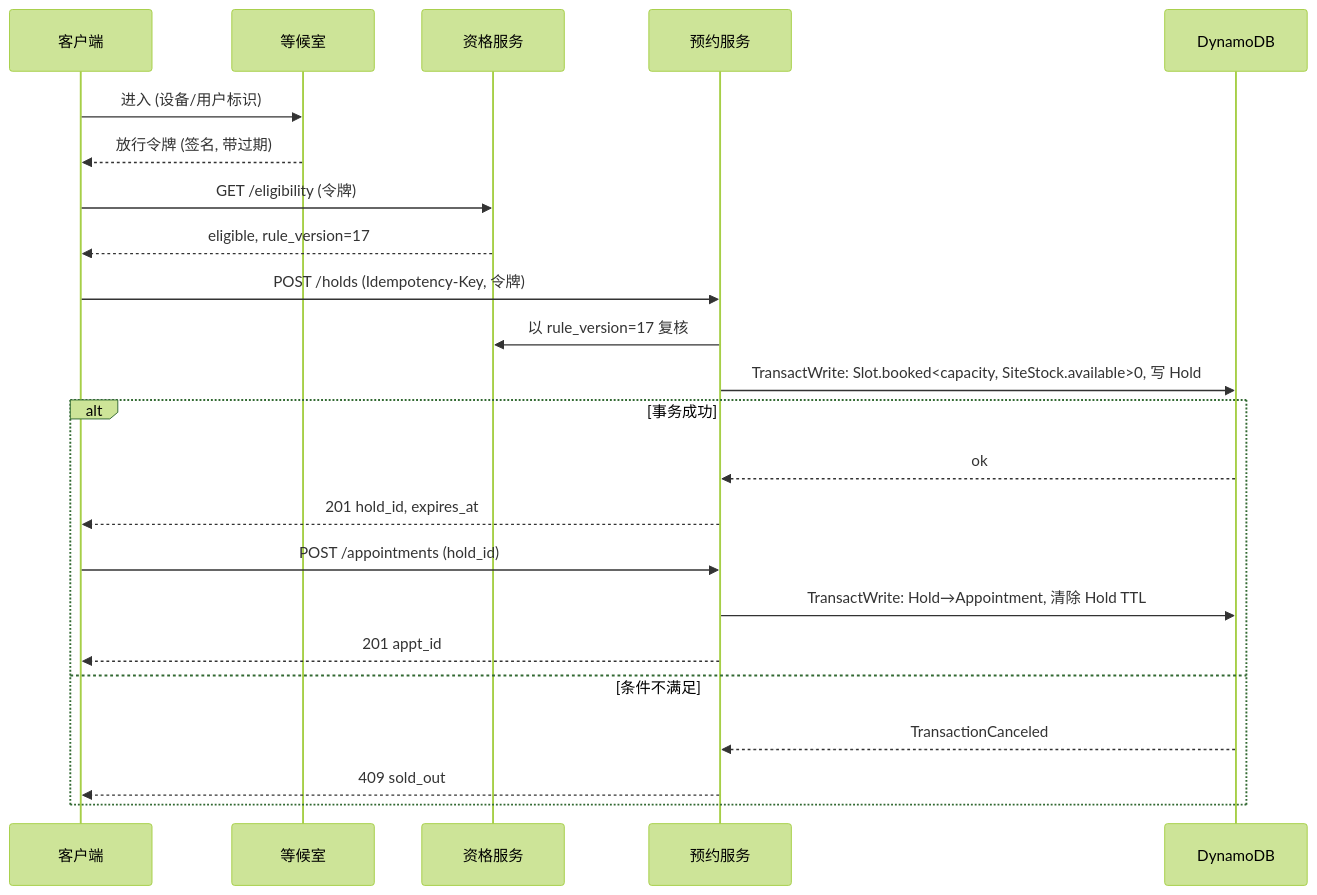
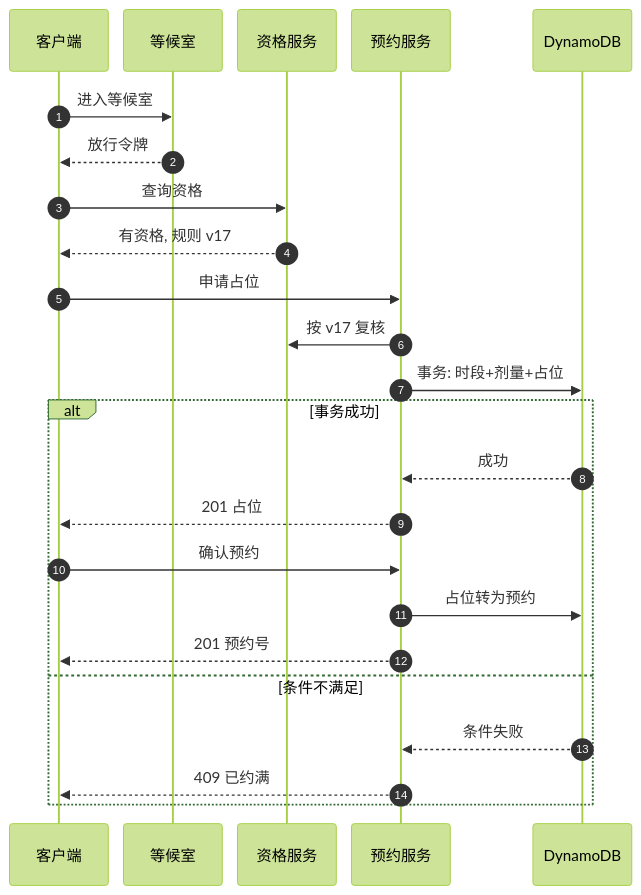
Before and after one commit to ChiChasesCheese/trellis: the third of 4 diagrams in vault/interviews/core/system-design/sd05-vaccine-booking.md, drawn with Mermaid (forest theme). The commit also changed other lines of this file and 69 other files, not shown here.

First line of the commit message:
Rewrite pass to WRITING_RULES: SD01-07, LLD amazon leaves 5-12, coding notes + cards; diagrams fit the page

````diff
--- a/vault/interviews/core/system-design/sd05-vaccine-booking.md
+++ b/vault/interviews/core/system-design/sd05-vaccine-booking.md
@@ -139,25 +139,27 @@
 ```mermaid
+%%{init: {'sequence': {'actorMargin': 16, 'width': 104, 'messageMargin': 28}}}%%
 sequenceDiagram
+    autonumber
     participant C as 客户端
     participant W as 等候室
     participant E as 资格服务
     participant B as 预约服务
     participant D as DynamoDB
-    C->>W: 进入 (设备/用户标识)
-    W-->>C: 放行令牌 (签名, 带过期)
-    C->>E: GET /eligibility (令牌)
-    E-->>C: eligible, rule_version=17
-    C->>B: POST /holds (Idempotency-Key, 令牌)
-    B->>E: 以 rule_version=17 复核
-    B->>D: TransactWrite: Slot.booked<capacity, SiteStock.available>0, 写 Hold
+    C->>W: 进入等候室
+    W-->>C: 放行令牌
+    C->>E: 查询资格
+    E-->>C: 有资格, 规则 v17
+    C->>B: 申请占位
+    B->>E: 按 v17 复核
+    B->>D: 事务: 时段+剂量+占位
     alt 事务成功
-        D-->>B: ok
-        B-->>C: 201 hold_id, expires_at
-        C->>B: POST /appointments (hold_id)
-        B->>D: TransactWrite: Hold→Appointment, 清除 Hold TTL
-        B-->>C: 201 appt_id
+        D-->>B: 成功
+        B-->>C: 201 占位
+        C->>B: 确认预约
+        B->>D: 占位转为预约
+        B-->>C: 201 预约号
     else 条件不满足
-        D-->>B: TransactionCanceled
-        B-->>C: 409 sold_out
+        D-->>B: 条件失败
+        B-->>C: 409 已约满
     end
 ```
````
